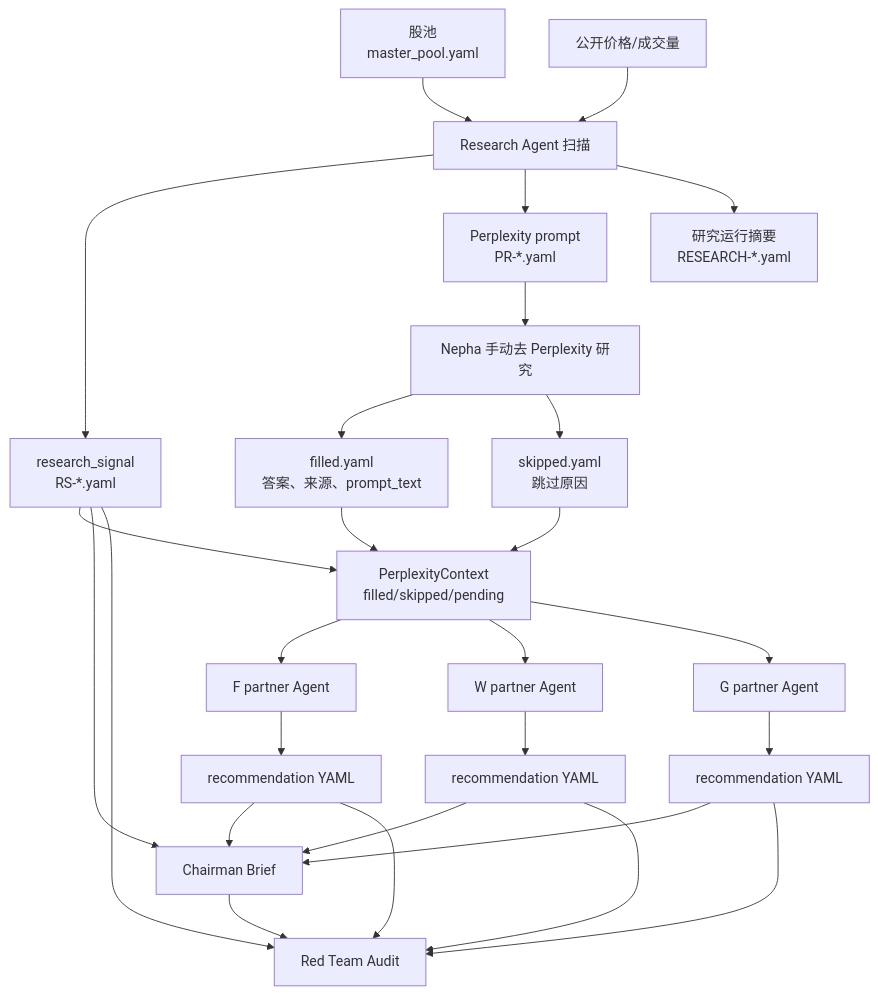
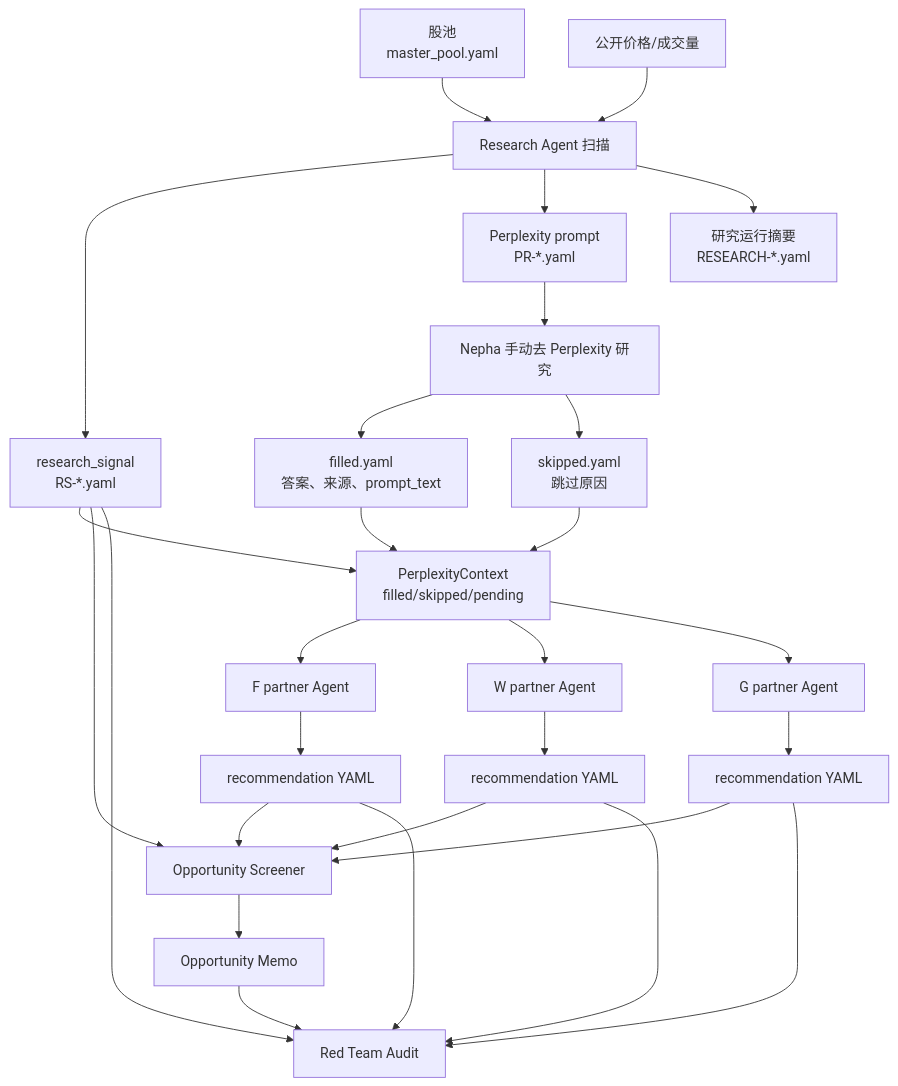
One commit to amanayayatu-tech/ksana changed the third of 7 diagrams in SYSTEM_FLOW.md. Above: the diagram before and after it, drawn with Mermaid. The commit also changed other lines of this file and 26 other files, not shown here.

Commit message:
Implement opportunity memo workflow

````diff
--- a/SYSTEM_FLOW.md
+++ b/SYSTEM_FLOW.md
@@ -80,36 +82,37 @@
 ```mermaid
 flowchart TD
     Pool["股池\nmaster_pool.yaml"] --> Scan["Research Agent 扫描"]
     Price["公开价格/成交量"] --> Scan
 
     Scan --> RS["research_signal\nRS-*.yaml"]
     Scan --> PR["Perplexity prompt\nPR-*.yaml"]
     Scan --> RR["研究运行摘要\nRESEARCH-*.yaml"]
 
     PR --> Manual["Nepha 手动去 Perplexity 研究"]
     Manual --> Filled["filled.yaml\n答案、来源、prompt_text"]
     Manual --> Skipped["skipped.yaml\n跳过原因"]
 
     Filled --> Context["PerplexityContext\nfilled/skipped/pending"]
     Skipped --> Context
     RS --> Context
 
     Context --> FPartner["F partner Agent"]
     Context --> WPartner["W partner Agent"]
     Context --> GPartner["G partner Agent"]
 
     FPartner --> R1["recommendation YAML"]
     WPartner --> R2["recommendation YAML"]
     GPartner --> R3["recommendation YAML"]
 
-    R1 --> Brief["Chairman Brief"]
-    R2 --> Brief
-    R3 --> Brief
-    RS --> Brief
+    R1 --> Screener["Opportunity Screener"]
+    R2 --> Screener
+    R3 --> Screener
+    RS --> Screener
+    Screener --> Brief["Opportunity Memo"]
 
     Brief --> Audit["Red Team Audit"]
     R1 --> Audit
     R2 --> Audit
     R3 --> Audit
     RS --> Audit
 ```
````
